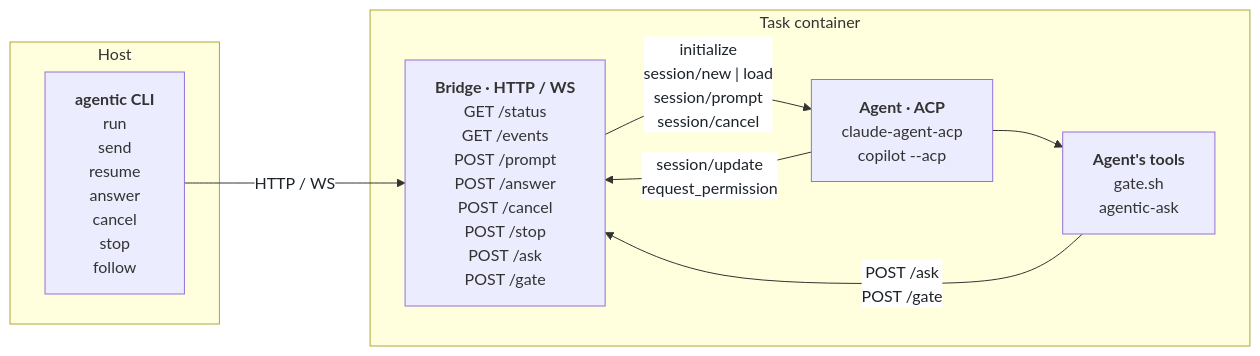
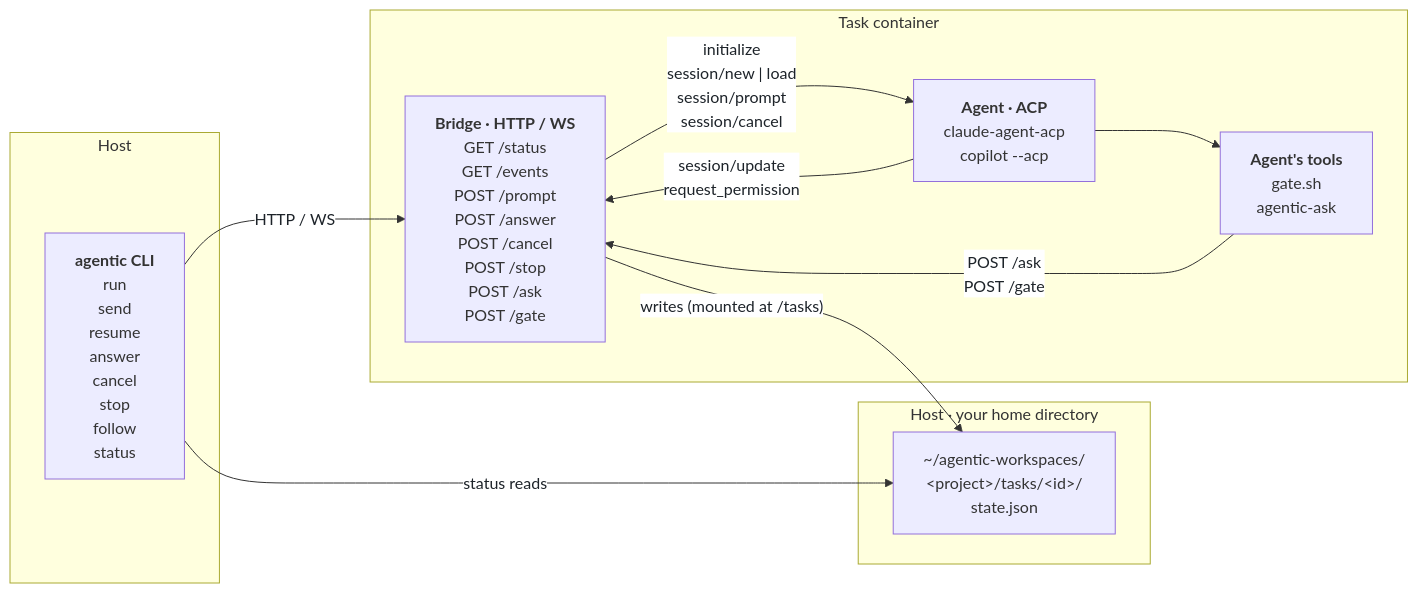
One commit to popescualextraian/pathfinder-dev-base changed the diagram in README.md. Above: the diagram before and after it, drawn with Mermaid. The commit also changed other lines of this file, not shown here.

Commit message:
docs: status and the task folder in the detached mode diagram

````diff
--- a/README.md
+++ b/README.md
@@ -125,18 +126,23 @@
 ```mermaid
 %%{init: {"theme": "default", "themeVariables": {"edgeLabelBackground": "#ffffff"}, "flowchart": {"rankSpacing": 70, "nodeSpacing": 40}}}%%
 flowchart LR
   subgraph host["Host"]
-    cli["<b>agentic&nbsp;CLI</b><br/>run<br/>send<br/>resume<br/>answer<br/>cancel<br/>stop<br/>follow"]
+    cli["<b>agentic&nbsp;CLI</b><br/>run<br/>send<br/>resume<br/>answer<br/>cancel<br/>stop<br/>follow<br/>status"]
+  end
+  subgraph home["Host · your home directory"]
+    state["~/agentic-workspaces/<br/>&lt;project&gt;/tasks/&lt;id&gt;/<br/>state.json"]
   end
   subgraph task["Task container"]
     bridge["<b>Bridge&nbsp;·&nbsp;HTTP&nbsp;/&nbsp;WS</b><br/>GET&nbsp;/status<br/>GET&nbsp;/events<br/>POST&nbsp;/prompt<br/>POST&nbsp;/answer<br/>POST&nbsp;/cancel<br/>POST&nbsp;/stop<br/>POST&nbsp;/ask<br/>POST&nbsp;/gate"]
     agent["<b>Agent&nbsp;·&nbsp;ACP</b><br/>claude-agent-acp<br/>copilot&nbsp;--acp"]
     tools["<b>Agent's&nbsp;tools</b><br/>gate.sh<br/>agentic-ask"]
   end
   cli -- "HTTP / WS" --> bridge
   bridge -- "initialize<br/>session/new | load<br/>session/prompt<br/>session/cancel" --> agent
   agent -- "session/update<br/>request_permission" --> bridge
   agent --> tools
   tools -- "POST /ask<br/>POST /gate" --> bridge
+  bridge -- "writes (mounted at /tasks)" --> state
+  cli -- "status reads" --> state
   linkStyle default color:#1d2329
 ```
````
